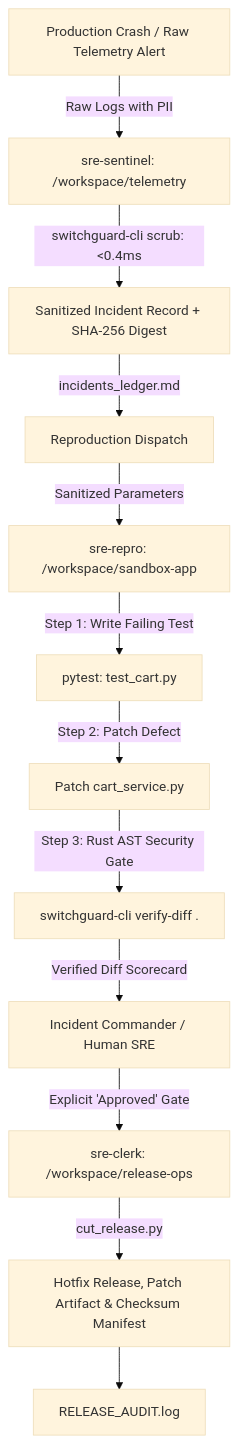
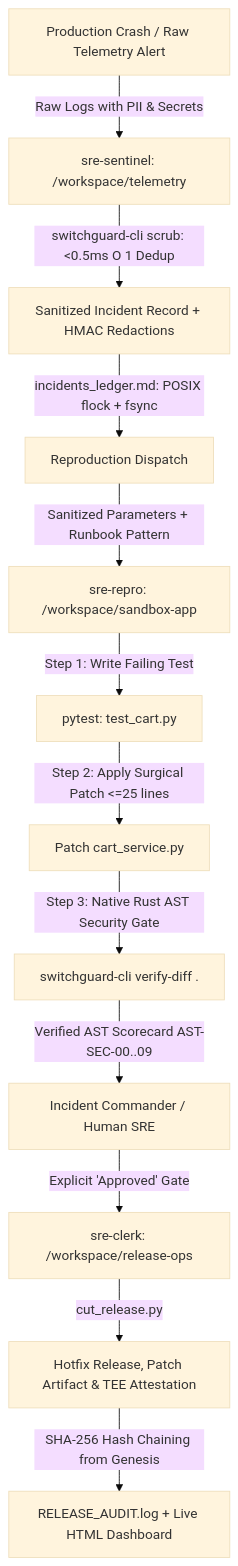
The first of 2 diagrams in README.md (Anshulkaocde123/switchguard-sre), drawn with Mermaid (base theme) before and after one commit. The commit also changed other lines of this file and 19 other files, not shown here.

````diff
--- a/README.md
+++ b/README.md
@@ -14,14 +19,14 @@
 ```mermaid
 flowchart TD
-    A[Production Crash / Raw Telemetry Alert] -->|Raw Logs with PII| B[sre-sentinel: /workspace/telemetry]
-    B -->|switchguard-cli scrub: <0.4ms| C[Sanitized Incident Record + SHA-256 Digest]
-    C -->|incidents_ledger.md| D[Reproduction Dispatch]
-    D -->|Sanitized Parameters| E[sre-repro: /workspace/sandbox-app]
+    A[Production Crash / Raw Telemetry Alert] -->|Raw Logs with PII & Secrets| B[sre-sentinel: /workspace/telemetry]
+    B -->|switchguard-cli scrub: <0.5ms O 1 Dedup| C[Sanitized Incident Record + HMAC Redactions]
+    C -->|incidents_ledger.md: POSIX flock + fsync| D[Reproduction Dispatch]
+    D -->|Sanitized Parameters + Runbook Pattern| E[sre-repro: /workspace/sandbox-app]
     E -->|Step 1: Write Failing Test| F[pytest: test_cart.py]
-    F -->|Step 2: Patch Defect| G[Patch cart_service.py]
-    G -->|Step 3: Rust AST Security Gate| H[switchguard-cli verify-diff .]
-    H -->|Verified Diff Scorecard| I[Incident Commander / Human SRE]
+    F -->|Step 2: Apply Surgical Patch <=25 lines| G[Patch cart_service.py]
+    G -->|Step 3: Native Rust AST Security Gate| H[switchguard-cli verify-diff .]
+    H -->|Verified AST Scorecard AST-SEC-00..09| I[Incident Commander / Human SRE]
     I -->|Explicit 'Approved' Gate| J[sre-clerk: /workspace/release-ops]
-    J -->|cut_release.py| K[Hotfix Release, Patch Artifact & Checksum Manifest]
-    K --> L[RELEASE_AUDIT.log]
+    J -->|cut_release.py| K[Hotfix Release, Patch Artifact & TEE Attestation]
+    K -->|SHA-256 Hash Chaining from Genesis| L[RELEASE_AUDIT.log + Live HTML Dashboard]
 ```
````
